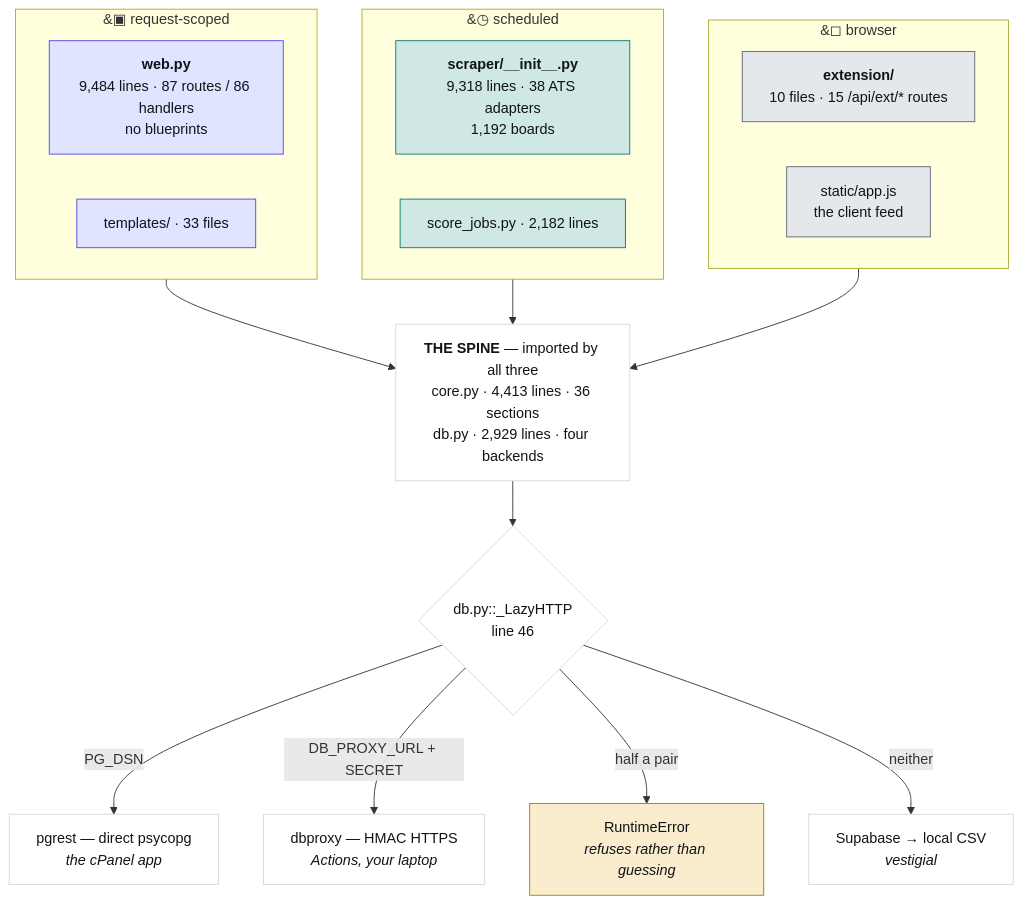
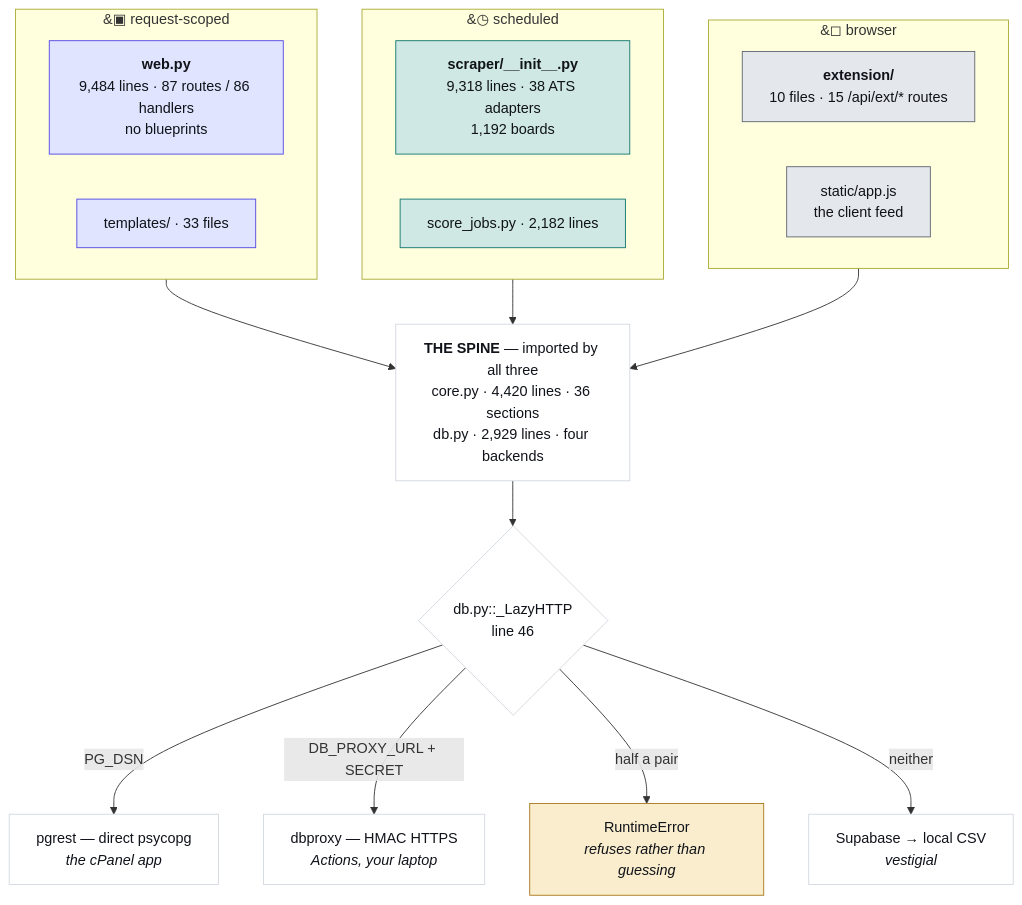
Before and after one commit to hadakunal909-debug/job-search-tool: the first of 4 diagrams in JobMatch Scraper/docs/ARCHITECTURE.md, drawn with Mermaid. The commit also changed other lines of this file and 7 other files, not shown here.

````diff
--- a/JobMatch Scraper/docs/ARCHITECTURE.md
+++ b/JobMatch Scraper/docs/ARCHITECTURE.md
@@ -45,34 +45,34 @@
 ```mermaid
 flowchart TB
   subgraph REQ["&#9635; request-scoped"]
     W["<b>web.py</b><br/>9,484 lines · 87 routes / 86 handlers<br/>no blueprints"]
     T["templates/ · 33 files"]
   end
   subgraph SCH["&#9719; scheduled"]
     S["<b>scraper/__init__.py</b><br/>9,318 lines · 38 ATS adapters<br/>1,192 boards"]
     J["score_jobs.py · 2,182 lines"]
   end
   subgraph CLI["&#9723; browser"]
     E["<b>extension/</b><br/>10 files · 15 /api/ext/* routes"]
     A["static/app.js<br/>the client feed"]
   end
-  SPINE["<b>THE SPINE</b> — imported by all three<br/>core.py · 4,413 lines · 36 sections<br/>db.py · 2,929 lines · four backends"]
+  SPINE["<b>THE SPINE</b> — imported by all three<br/>core.py · 4,420 lines · 36 sections<br/>db.py · 2,929 lines · four backends"]
   REQ --> SPINE
   SCH --> SPINE
   CLI --> SPINE
   SPINE --> D{"db.py::_LazyHTTP<br/>line 46"}
   D -->|"PG_DSN"| P["pgrest — direct psycopg<br/><i>the cPanel app</i>"]
   D -->|"DB_PROXY_URL + SECRET"| X["dbproxy — HMAC HTTPS<br/><i>Actions, your laptop</i>"]
   D -->|"half a pair"| R["RuntimeError<br/><i>refuses rather than guessing</i>"]
   D -->|"neither"| V["Supabase → local CSV<br/><i>vestigial</i>"]
   classDef web fill:#e0e4fe,stroke:#4f46e5,color:#101319
   classDef sched fill:#cfe8e3,stroke:#0f766e,color:#101319
   classDef client fill:#e4e7ec,stroke:#5f6573,color:#101319
   classDef trap fill:#f9edcd,stroke:#a8781a,color:#101319
   classDef plain fill:#ffffff,stroke:#d3d7df,color:#101319
   class W,T web
   class S,J sched
   class E,A client
   class R trap
   class SPINE,D,P,X,V plain
 ```
````
